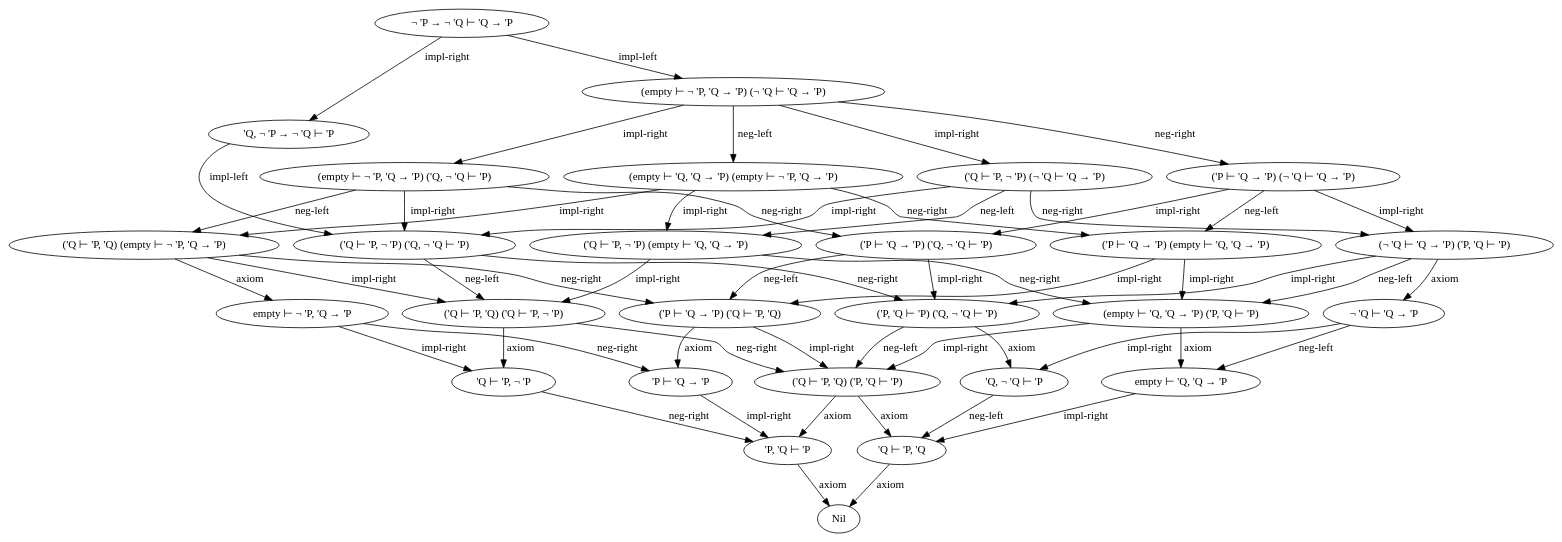
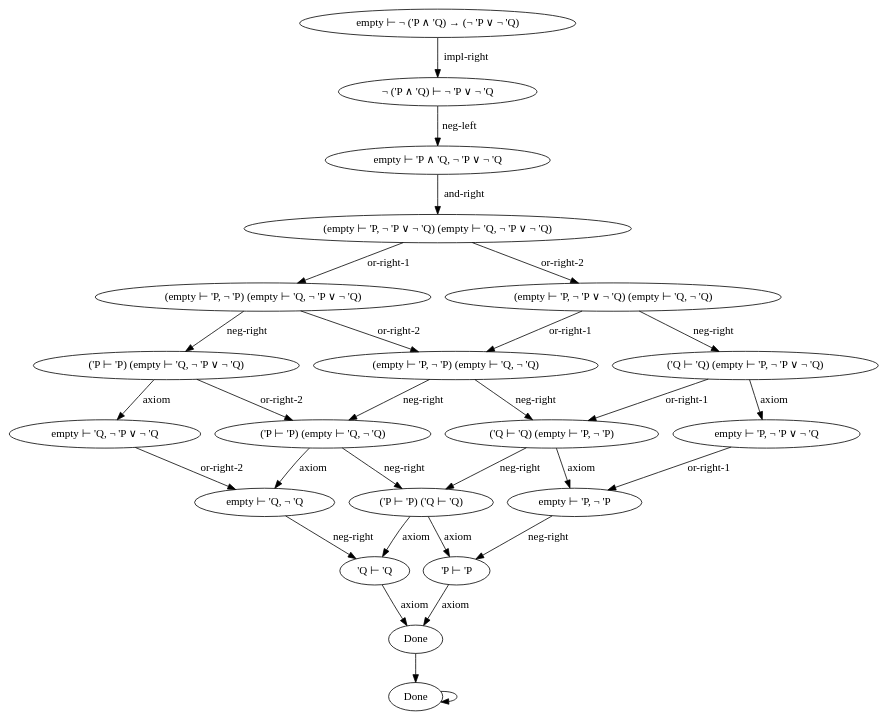
One commit to smucclaw/sandbox changed the diagram in joe/maude/prop/out.dot. Above: the diagram before and after it, drawn with Graphviz. The commit also changed 3 other files, not shown here.

```diff
--- a/joe/maude/prop/out.dot
+++ b/joe/maude/prop/out.dot
@@ -1,82 +1,51 @@
 digraph {
-        0 [label="¬ 'P → ¬ 'Q ⊢ 'Q → 'P"];
-        0 -> 1 [label="impl-left"];
-        1 [label="(empty ⊢ ¬ 'P, 'Q → 'P) (¬ 'Q ⊢ 'Q → 'P)"];
-        1 -> 2 [label="impl-right"];
-        2 [label="('Q ⊢ 'P, ¬ 'P) (¬ 'Q ⊢ 'Q → 'P)"];
-        2 -> 3 [label="neg-right"];
-        3 [label="(¬ 'Q ⊢ 'Q → 'P) ('P, 'Q ⊢ 'P)"];
-        3 -> 4 [label="impl-right"];
-        4 [label="('P, 'Q ⊢ 'P) ('Q, ¬ 'Q ⊢ 'P)"];
-        4 -> 5 [label="axiom"];
-        5 [label="'Q, ¬ 'Q ⊢ 'P"];
-        5 -> 6 [label="neg-left"];
-        6 [label="'Q ⊢ 'P, 'Q"];
-        6 -> 7 [label="axiom"];
-        7 [label="Nil"];
-        4 -> 8 [label="neg-left"];
-        8 [label="('Q ⊢ 'P, 'Q) ('P, 'Q ⊢ 'P)"];
+        0 [label="empty ⊢ ¬ ('P ∧ 'Q) → (¬ 'P ∨ ¬ 'Q)"];
+        0 -> 1 [label="impl-right"];
+        1 [label="¬ ('P ∧ 'Q) ⊢ ¬ 'P ∨ ¬ 'Q"];
+        1 -> 2 [label="neg-left"];
+        2 [label="empty ⊢ 'P ∧ 'Q, ¬ 'P ∨ ¬ 'Q"];
+        2 -> 3 [label="and-right"];
+        3 [label="(empty ⊢ 'P, ¬ 'P ∨ ¬ 'Q) (empty ⊢ 'Q, ¬ 'P ∨ ¬ 'Q)"];
+        3 -> 4 [label="or-right-1"];
+        4 [label="(empty ⊢ 'P, ¬ 'P) (empty ⊢ 'Q, ¬ 'P ∨ ¬ 'Q)"];
+        4 -> 5 [label="neg-right"];
+        5 [label="('P ⊢ 'P) (empty ⊢ 'Q, ¬ 'P ∨ ¬ 'Q)"];
+        5 -> 6 [label="axiom"];
+        6 [label="empty ⊢ 'Q, ¬ 'P ∨ ¬ 'Q"];
+        6 -> 7 [label="or-right-2"];
+        7 [label="empty ⊢ 'Q, ¬ 'Q"];
+        7 -> 8 [label="neg-right"];
+        8 [label="'Q ⊢ 'Q"];
         8 -> 9 [label="axiom"];
-        9 [label="'P, 'Q ⊢ 'P"];
-        9 -> 7 [label="axiom"];
-        8 -> 6 [label="axiom"];
-        3 -> 10 [label="neg-left"];
-        10 [label="(empty ⊢ 'Q, 'Q → 'P) ('P, 'Q ⊢ 'P)"];
-        10 -> 8 [label="impl-right"];
-        10 -> 11 [label="axiom"];
-        11 [label="empty ⊢ 'Q, 'Q → 'P"];
-        11 -> 6 [label="impl-right"];
-        3 -> 12 [label="axiom"];
-        12 [label="¬ 'Q ⊢ 'Q → 'P"];
-        12 -> 5 [label="impl-right"];
-        12 -> 11 [label="neg-left"];
-        2 -> 13 [label="impl-right"];
-        13 [label="('Q ⊢ 'P, ¬ 'P) ('Q, ¬ 'Q ⊢ 'P)"];
-        13 -> 4 [label="neg-right"];
-        13 -> 14 [label="neg-left"];
-        14 [label="('Q ⊢ 'P, 'Q) ('Q ⊢ 'P, ¬ 'P)"];
-        14 -> 15 [label="axiom"];
-        15 [label="'Q ⊢ 'P, ¬ 'P"];
-        15 -> 9 [label="neg-right"];
-        14 -> 8 [label="neg-right"];
-        2 -> 16 [label="neg-left"];
-        16 [label="('Q ⊢ 'P, ¬ 'P) (empty ⊢ 'Q, 'Q → 'P)"];
-        16 -> 10 [label="neg-right"];
-        16 -> 14 [label="impl-right"];
-        1 -> 17 [label="neg-right"];
-        17 [label="('P ⊢ 'Q → 'P) (¬ 'Q ⊢ 'Q → 'P)"];
-        17 -> 3 [label="impl-right"];
-        17 -> 18 [label="impl-right"];
-        18 [label="('P ⊢ 'Q → 'P) ('Q, ¬ 'Q ⊢ 'P)"];
-        18 -> 4 [label="impl-right"];
-        18 -> 19 [label="neg-left"];
-        19 [label="('P ⊢ 'Q → 'P) ('Q ⊢ 'P, 'Q)"];
-        19 -> 8 [label="impl-right"];
-        19 -> 20 [label="axiom"];
-        20 [label="'P ⊢ 'Q → 'P"];
-        20 -> 9 [label="impl-right"];
-        17 -> 21 [label="neg-left"];
-        21 [label="('P ⊢ 'Q → 'P) (empty ⊢ 'Q, 'Q → 'P)"];
-        21 -> 10 [label="impl-right"];
-        21 -> 19 [label="impl-right"];
-        1 -> 22 [label="impl-right"];
-        22 [label="(empty ⊢ ¬ 'P, 'Q → 'P) ('Q, ¬ 'Q ⊢ 'P)"];
-        22 -> 13 [label="impl-right"];
-        22 -> 18 [label="neg-right"];
-        22 -> 23 [label="neg-left"];
-        23 [label="('Q ⊢ 'P, 'Q) (empty ⊢ ¬ 'P, 'Q → 'P)"];
-        23 -> 24 [label="axiom"];
-        24 [label="empty ⊢ ¬ 'P, 'Q → 'P"];
-        24 -> 15 [label="impl-right"];
-        24 -> 20 [label="neg-right"];
-        23 -> 14 [label="impl-right"];
-        23 -> 19 [label="neg-right"];
-        1 -> 25 [label="neg-left"];
-        25 [label="(empty ⊢ 'Q, 'Q → 'P) (empty ⊢ ¬ 'P, 'Q → 'P)"];
-        25 -> 23 [label="impl-right"];
-        25 -> 16 [label="impl-right"];
-        25 -> 21 [label="neg-right"];
-        0 -> 26 [label="impl-right"];
-        26 [label="'Q, ¬ 'P → ¬ 'Q ⊢ 'P"];
-        26 -> 13 [label="impl-left"];
+        9 [label="Done"];
+        9 -> 10;
+        10 [label="Done"];
+        10 -> 10;
+        5 -> 11 [label="or-right-2"];
+        11 [label="('P ⊢ 'P) (empty ⊢ 'Q, ¬ 'Q)"];
+        11 -> 7 [label="axiom"];
+        11 -> 12 [label="neg-right"];
+        12 [label="('P ⊢ 'P) ('Q ⊢ 'Q)"];
+        12 -> 8 [label="axiom"];
+        12 -> 13 [label="axiom"];
+        13 [label="'P ⊢ 'P"];
+        13 -> 9 [label="axiom"];
+        4 -> 14 [label="or-right-2"];
+        14 [label="(empty ⊢ 'P, ¬ 'P) (empty ⊢ 'Q, ¬ 'Q)"];
+        14 -> 11 [label="neg-right"];
+        14 -> 15 [label="neg-right"];
+        15 [label="('Q ⊢ 'Q) (empty ⊢ 'P, ¬ 'P)"];
+        15 -> 16 [label="axiom"];
+        16 [label="empty ⊢ 'P, ¬ 'P"];
+        16 -> 13 [label="neg-right"];
+        15 -> 12 [label="neg-right"];
+        3 -> 17 [label="or-right-2"];
+        17 [label="(empty ⊢ 'P, ¬ 'P ∨ ¬ 'Q) (empty ⊢ 'Q, ¬ 'Q)"];
+        17 -> 14 [label="or-right-1"];
+        17 -> 18 [label="neg-right"];
+        18 [label="('Q ⊢ 'Q) (empty ⊢ 'P, ¬ 'P ∨ ¬ 'Q)"];
+        18 -> 19 [label="axiom"];
+        19 [label="empty ⊢ 'P, ¬ 'P ∨ ¬ 'Q"];
+        19 -> 16 [label="or-right-1"];
+        18 -> 15 [label="or-right-1"];
 }
```
